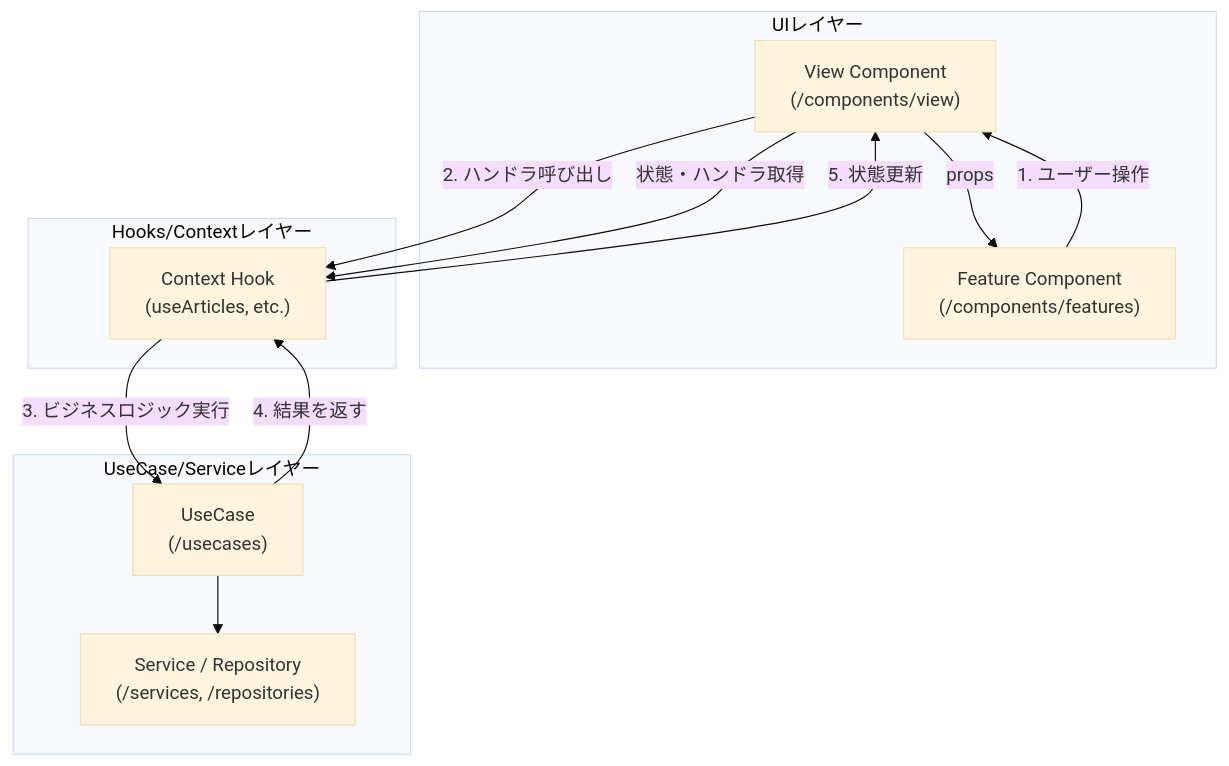
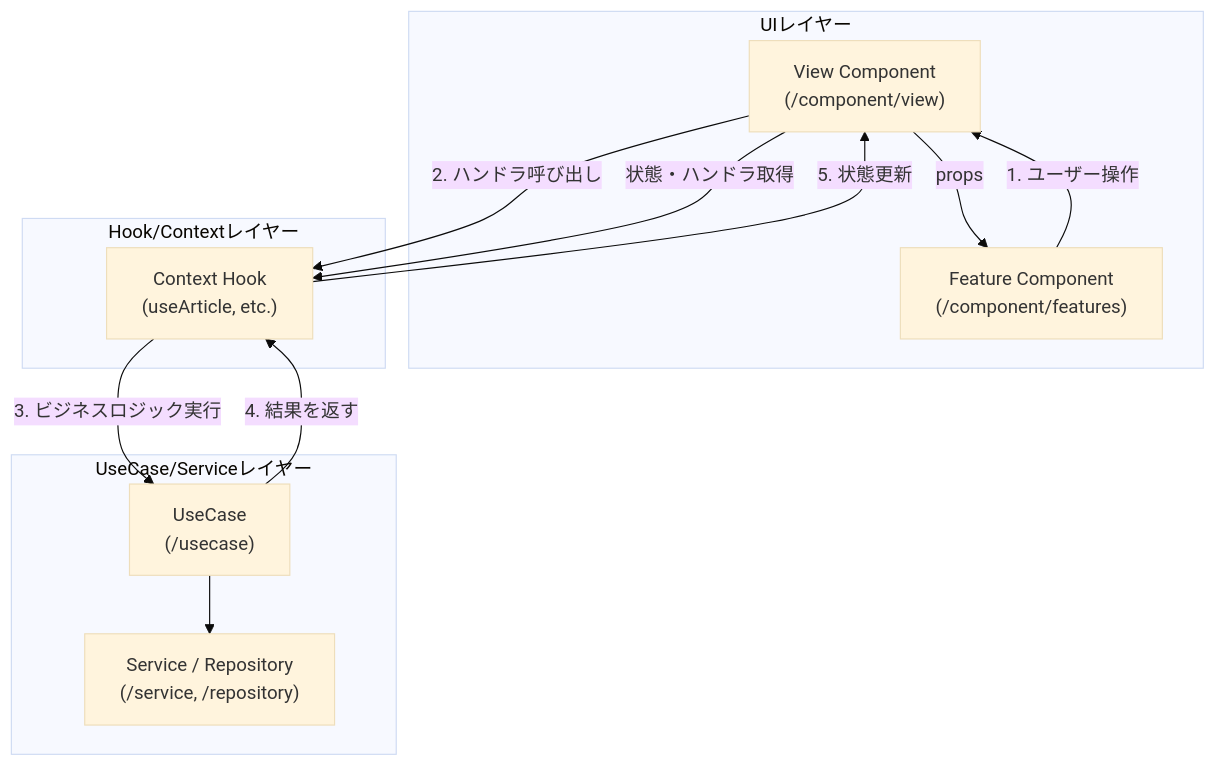
Before and after one commit to ymdarake/Shisoku: the diagram in docs/ARCHITECTURE-another-repo.md, drawn with Mermaid (base theme). The commit also changed other lines of this file and 38 other files, not shown here.

````diff
--- a/docs/ARCHITECTURE-another-repo.md
+++ b/docs/ARCHITECTURE-another-repo.md
@@ -54,21 +54,21 @@
 ```mermaid
 graph TD
     subgraph UIレイヤー
-        V["View Component<br>(/components/view)"] -- props --> F["Feature Component<br>(/components/features)"];
+        V["View Component<br>(/component/view)"] -- props --> F["Feature Component<br>(/component/features)"];
     end
 
-    subgraph Hooks/Contextレイヤー
-        H_Domain["Context Hook<br>(useArticles, etc.)"]
+    subgraph Hook/Contextレイヤー
+        H_Domain["Context Hook<br>(useArticle, etc.)"]
     end
     
     subgraph UseCase/Serviceレイヤー
-        U["UseCase<br>(/usecases)"] --> S["Service / Repository<br>(/services, /repositories)"];
+        U["UseCase<br>(/usecase)"] --> S["Service / Repository<br>(/service, /repository)"];
     end
 
     F -- "1. ユーザー操作" --> V;
     V -- "2. ハンドラ呼び出し" --> H_Domain;
     V -- "状態・ハンドラ取得" --> H_Domain;
     H_Domain -- "3. ビジネスロジック実行" --> U;
     U -- "4. 結果を返す" --> H_Domain;
     H_Domain -- "5. 状態更新" --> V;
 ```
````
